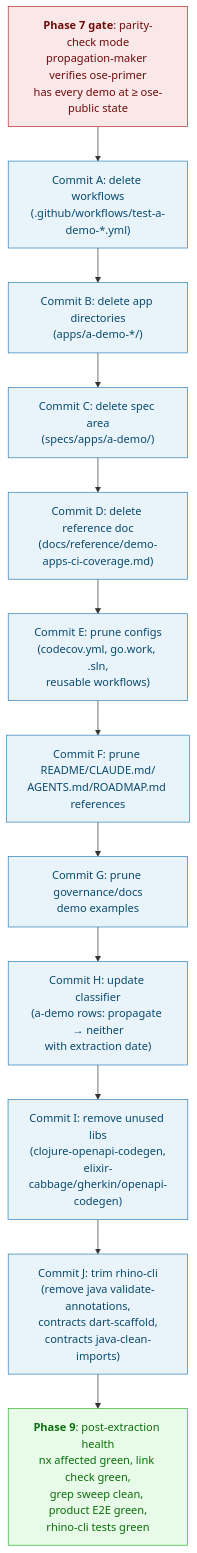
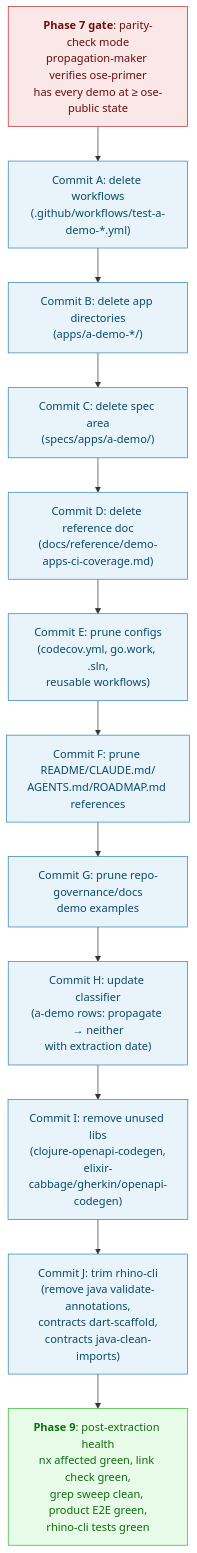
One commit to wahidyankf/open-sharia-enterprise changed the second of 2 diagrams in plans/done/2026-04-25__ose-primer-separation/tech-docs.md. Above: the diagram before and after it, drawn with Mermaid. The commit also changed other lines of this file and 842 other files, not shown here.

First line of the commit message:
refactor(governance): rename governance/ to repo-governance/

````diff
--- a/plans/done/2026-04-25__ose-primer-separation/tech-docs.md
+++ b/plans/done/2026-04-25__ose-primer-separation/tech-docs.md
@@ -443,43 +443,43 @@
 ```mermaid
 flowchart TD
     classDef gate fill:#FAE8E8,stroke:#B82C2C,color:#6F0B0B
     classDef step fill:#E8F4FA,stroke:#2C7FB8,color:#0B4A6F
     classDef post fill:#E8FAE8,stroke:#2CB82C,color:#0B6F0B
 
     p7["`**Phase 7 gate**: parity-check mode
     propagation-maker verifies ose-primer
     has every demo at ≥ ose-public state`"]:::gate
 
     s1["`Commit A: delete workflows
     (.github/workflows/test-a-demo-*.yml)`"]:::step
     s2["`Commit B: delete app directories
     (apps/a-demo-*/)`"]:::step
     s3["`Commit C: delete spec area
     (specs/apps/a-demo/)`"]:::step
     s4["`Commit D: delete reference doc
     (docs/reference/demo-apps-ci-coverage.md)`"]:::step
     s5["`Commit E: prune configs
     (codecov.yml, go.work, .sln,
     reusable workflows)`"]:::step
     s6["`Commit F: prune README/CLAUDE.md/
     AGENTS.md/ROADMAP.md references`"]:::step
-    s7["`Commit G: prune governance/docs
+    s7["`Commit G: prune repo-governance/docs
     demo examples`"]:::step
     s8["`Commit H: update classifier
     (a-demo rows: propagate → neither
     with extraction date)`"]:::step
     s9["`Commit I: remove unused libs
     (clojure-openapi-codegen,
     elixir-cabbage/gherkin/openapi-codegen)`"]:::step
     s10["`Commit J: trim rhino-cli
     (remove java validate-annotations,
     contracts dart-scaffold,
     contracts java-clean-imports)`"]:::step
 
     p8["`**Phase 9**: post-extraction health
     nx affected green, link check green,
     grep sweep clean, product E2E green,
     rhino-cli tests green`"]:::post
 
     p7 --> s1 --> s2 --> s3 --> s4 --> s5 --> s6 --> s7 --> s8 --> s9 --> s10 --> p8
 ```
````
